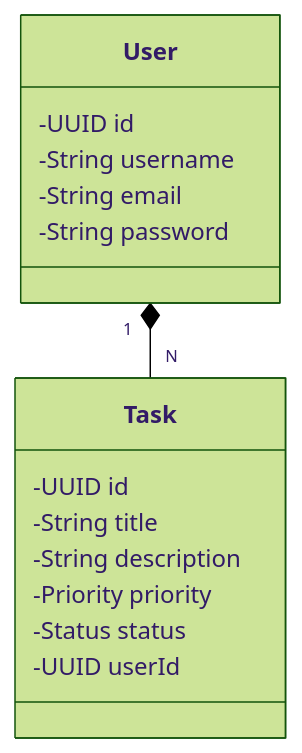
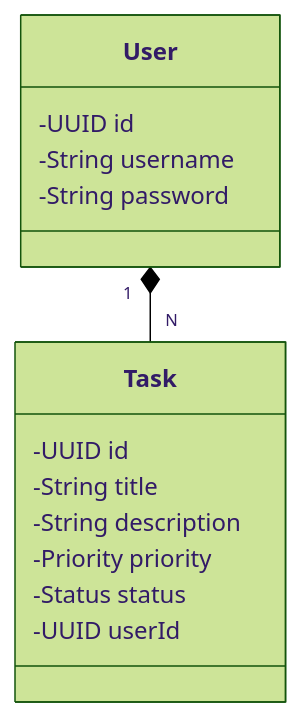
One commit to dgomesdev/to_do_list_api changed the diagram in README.md. Above: the diagram before and after it, drawn with Mermaid (forest theme).

````diff
--- a/README.md
+++ b/README.md
@@ -9,20 +9,19 @@
 ```mermaid
 classDiagram
     class User {
         -UUID id
         -String username
-        -String email
         -String password
     }
     
     class Task {
         -UUID id
         -String title
         -String description
         -Priority priority
         -Status status
         -UUID userId
     }
 
     User "1" *-- "N" Task
 ```
````
